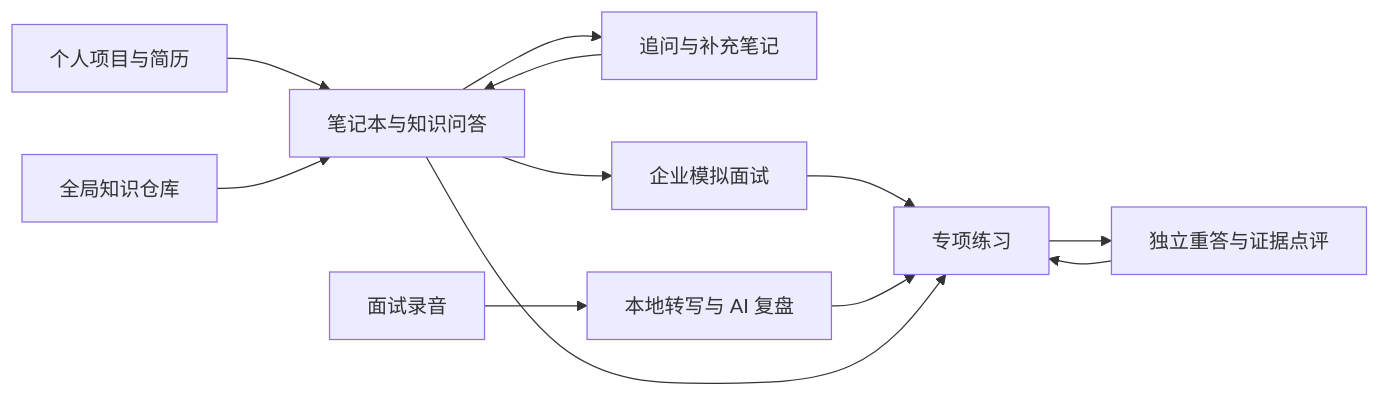
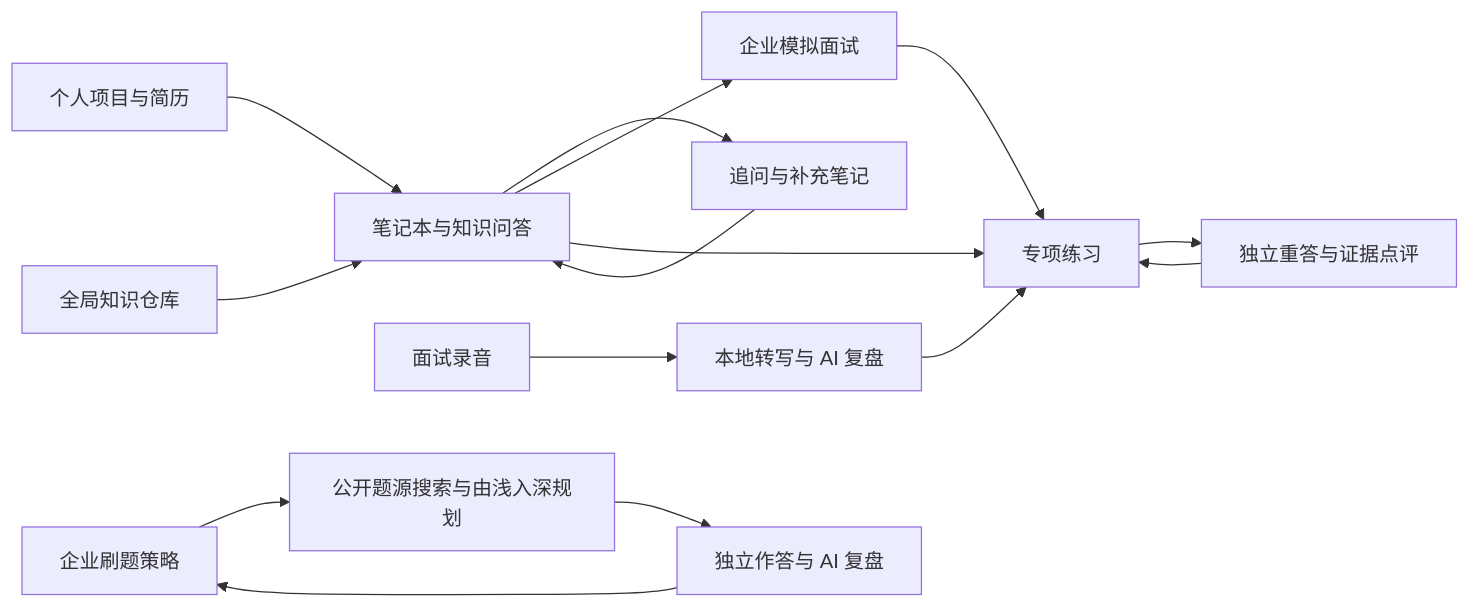
Before and after one commit to xianyu-sheng/mybook: the diagram in README.md, drawn with Mermaid. The commit also changed other lines of this file and 23 other files, not shown here.

````diff
--- a/README.md
+++ b/README.md
@@ -58,14 +61,17 @@
 ```mermaid
 flowchart LR
     A[个人项目与简历] --> B[笔记本与知识问答]
     G[全局知识仓库] --> B
     B --> C[追问与补充笔记]
     C --> B
     B --> D[企业模拟面试]
     E[面试录音] --> F[本地转写与 AI 复盘]
     D --> H[专项练习]
     F --> H
     B --> H
     H --> I[独立重答与证据点评]
     I --> H
+    J[企业刷题策略] --> K[公开题源搜索与由浅入深规划]
+    K --> L[独立作答与 AI 复盘]
+    L --> J
 ```
````
